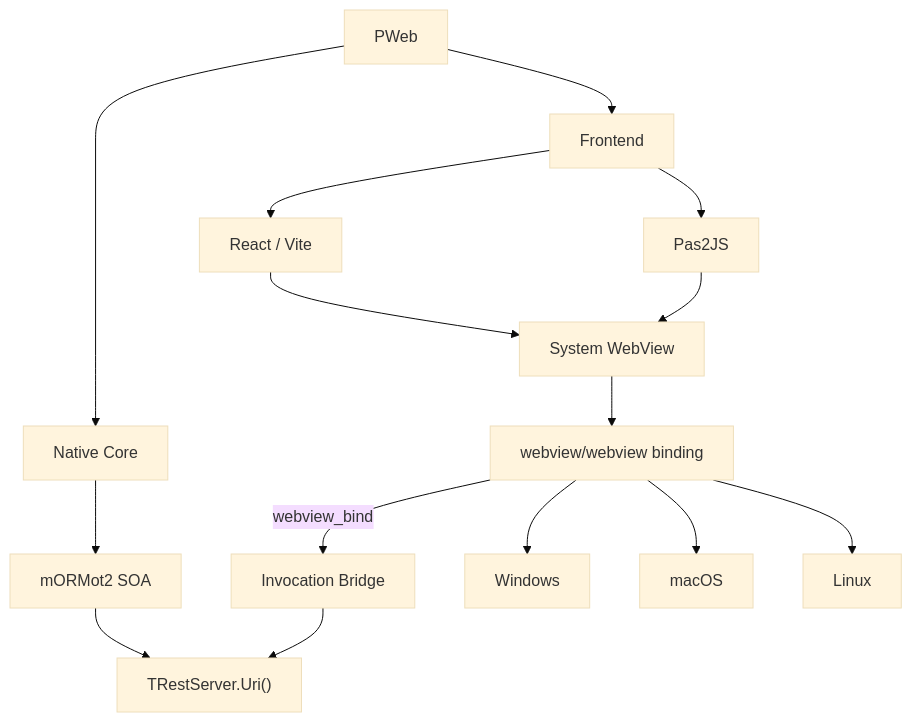
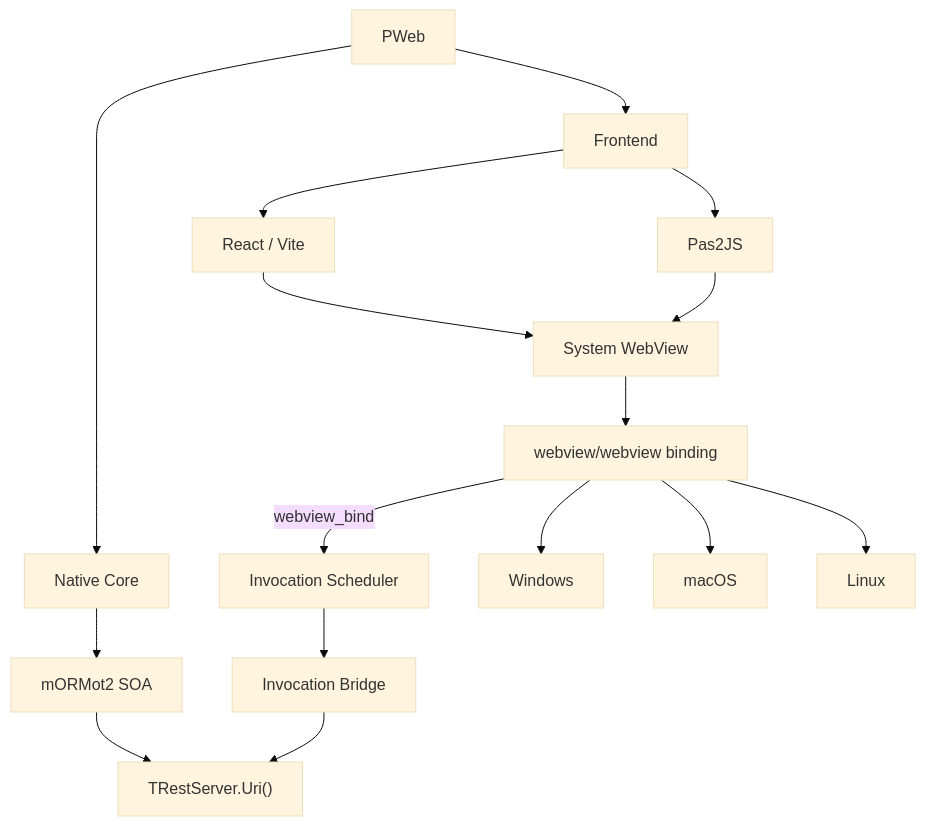
One commit to flydev-fr/pweb changed the first of 16 diagrams in _bmad-output/specs/spec-pweb/architecture-diagrams.md. Above: the diagram before and after it, drawn with Mermaid (base theme). The commit also changed other lines of this file and 8 other files, not shown here.

````diff
--- a/_bmad-output/specs/spec-pweb/architecture-diagrams.md
+++ b/_bmad-output/specs/spec-pweb/architecture-diagrams.md
@@ -7,20 +7,21 @@
 ```mermaid
 flowchart TD
     PWeb[PWeb] --> FE[Frontend]
     PWeb --> NC[Native Core]
 
     FE --> React[React / Vite]
     FE --> Pas2JS[Pas2JS]
     React --> WV[System WebView]
     Pas2JS --> WV
     WV --> LIB["webview/webview binding"]
-    LIB -- webview_bind --> IB[Invocation Bridge]
+    LIB -- webview_bind --> SCHED[Invocation Scheduler]
+    SCHED --> IB[Invocation Bridge]
 
     NC --> SOA[mORMot2 SOA]
     SOA --> URI["TRestServer.Uri()"]
     IB --> URI
 
     LIB --> Win[Windows]
     LIB --> Mac[macOS]
     LIB --> Lin[Linux]
 ```
````
